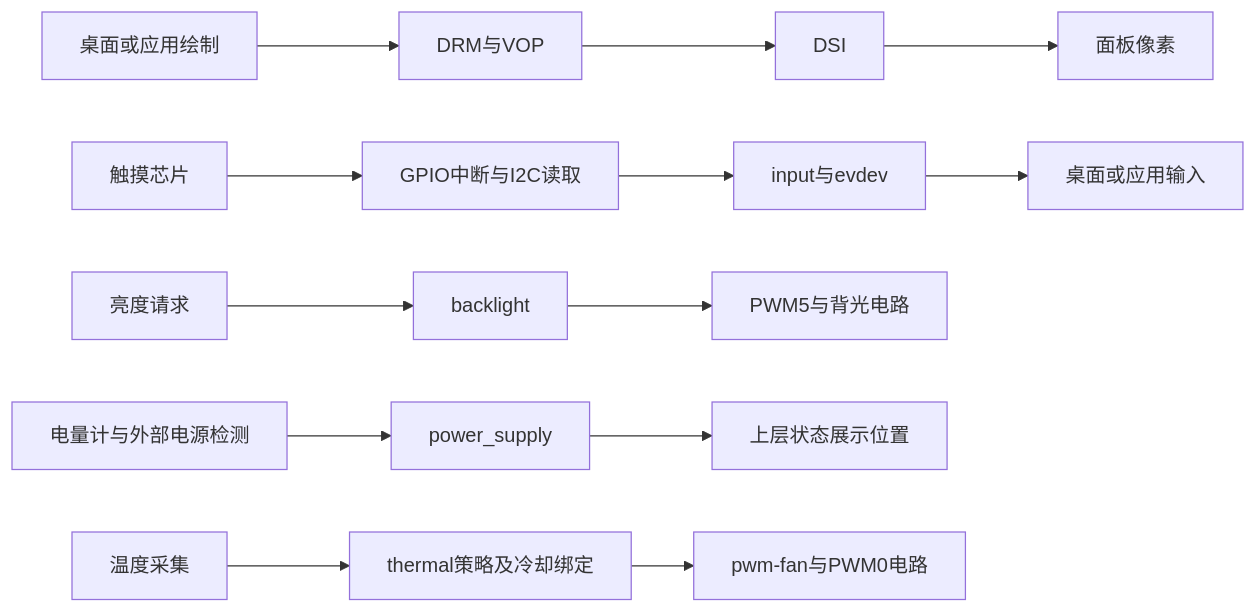
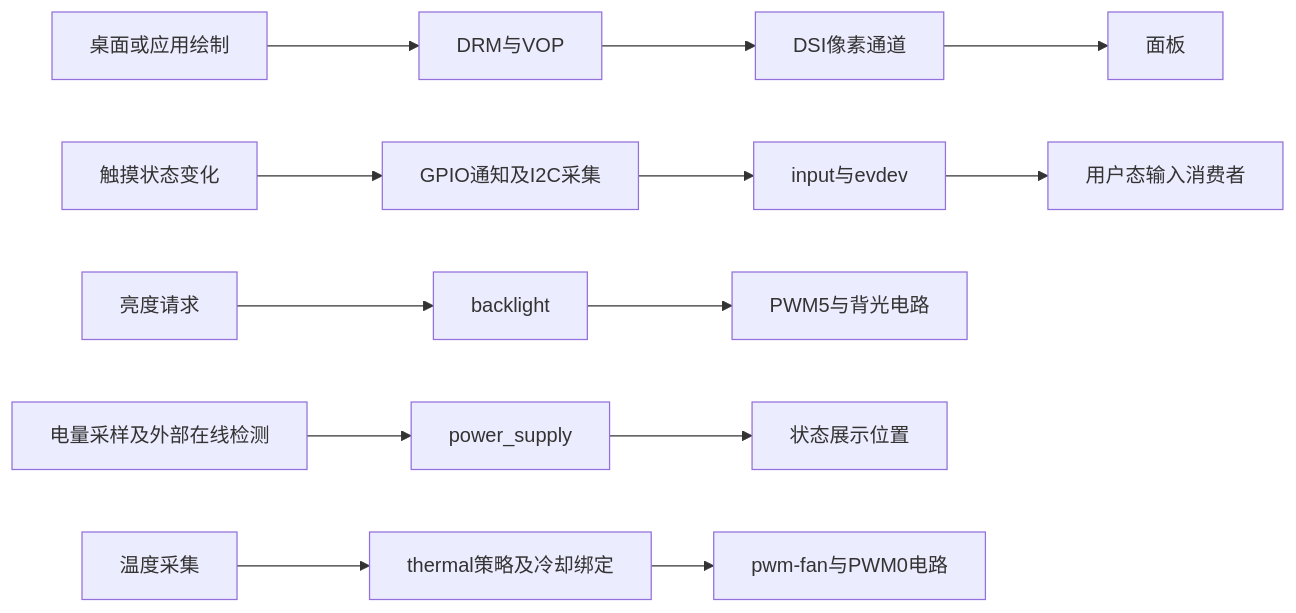
One commit to Bamboo-tt/RK3566_Ground_segment changed the third of 3 diagrams in docs/RK3566_项目学习/01_项目总览.md. Above: the diagram before and after it, drawn with Mermaid. The commit also changed other lines of this file and 19 other files, not shown here.

````diff
--- a/docs/RK3566_项目学习/01_项目总览.md
+++ b/docs/RK3566_项目学习/01_项目总览.md
@@ -73,8 +89,8 @@
 ```mermaid
 flowchart LR
-    U[桌面或应用绘制] --> D[DRM与VOP] --> S[DSI] --> P[面板像素]
-    T[触摸芯片] --> Q[GPIO中断与I2C读取] --> IN[input与evdev] --> A[桌面或应用输入]
-    L[亮度请求] --> BL[backlight] --> PW[PWM5与背光电路]
-    BAT[电量计与外部电源检测] --> PS[power_supply] --> UI[上层状态展示位置]
+    UI[桌面或应用绘制] --> DRM[DRM与VOP] --> DSI[DSI像素通道] --> PANEL[面板]
+    TOUCH[触摸状态变化] --> READ[GPIO通知及I2C采集] --> INPUT[input与evdev] --> APP[用户态输入消费者]
+    BR[亮度请求] --> BL[backlight] --> PWM[PWM5与背光电路]
+    BAT[电量采样及外部在线检测] --> PS[power_supply] --> VIEW[状态展示位置]
     TEMP[温度采集] --> TH[thermal策略及冷却绑定] --> FAN[pwm-fan与PWM0电路]
 ```
````
